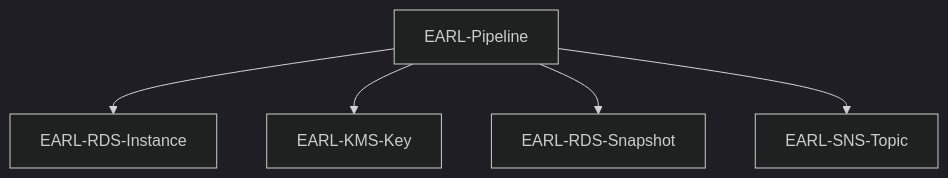
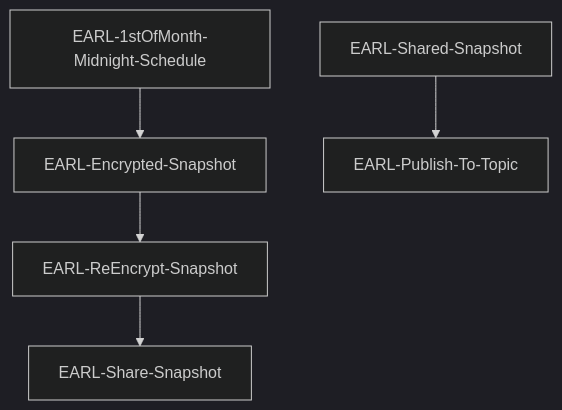
Before and after one commit to madeesha/bua: the first of 2 diagrams in README.md, drawn with Mermaid (dark theme). The commit also changed other lines of this file, not shown here.

````diff
--- a/README.md
+++ b/README.md
@@ -13,7 +13,7 @@
 ```mermaid
 graph TD;
-EARL-Pipeline --> EARL-RDS-Instance;
-EARL-Pipeline --> EARL-KMS-Key;
-EARL-Pipeline --> EARL-RDS-Snapshot;
-EARL-Pipeline --> EARL-SNS-Topic;
+EARL-1stOfMonth-Midnight-Schedule --> EARL-Encrypted-Snapshot;
+EARL-Encrypted-Snapshot --> EARL-ReEncrypt-Snapshot;
+EARL-ReEncrypt-Snapshot --> EARL-Share-Snapshot;
+EARL-Shared-Snapshot --> EARL-Publish-To-Topic;
 ```
````
